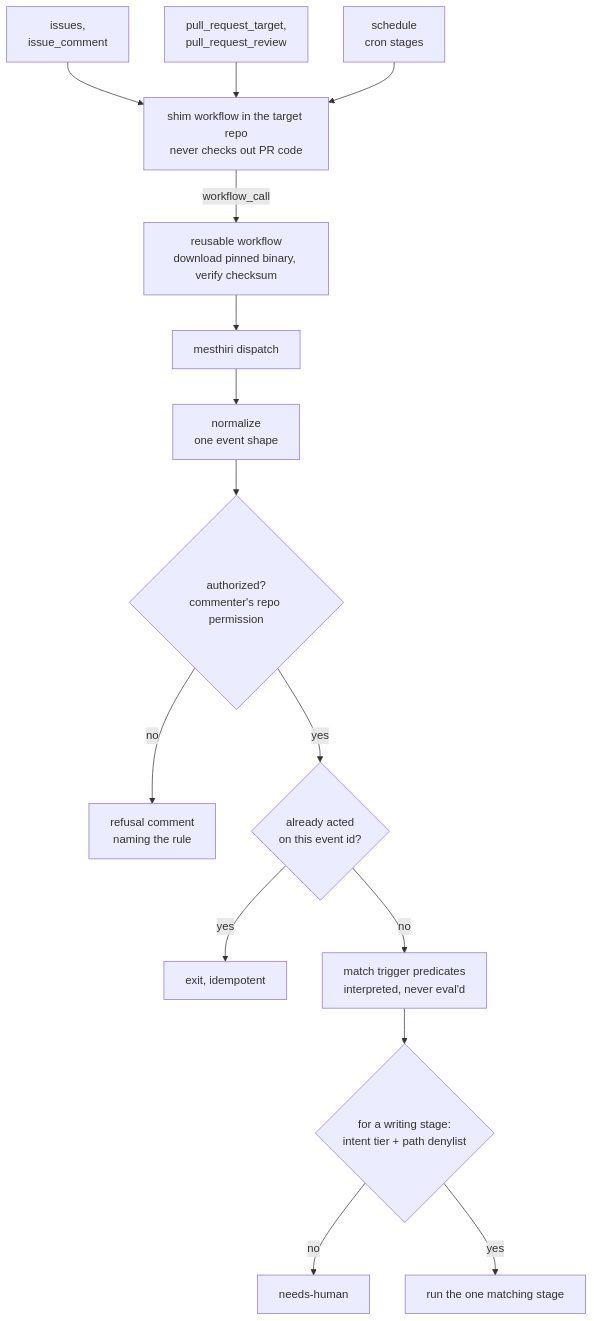
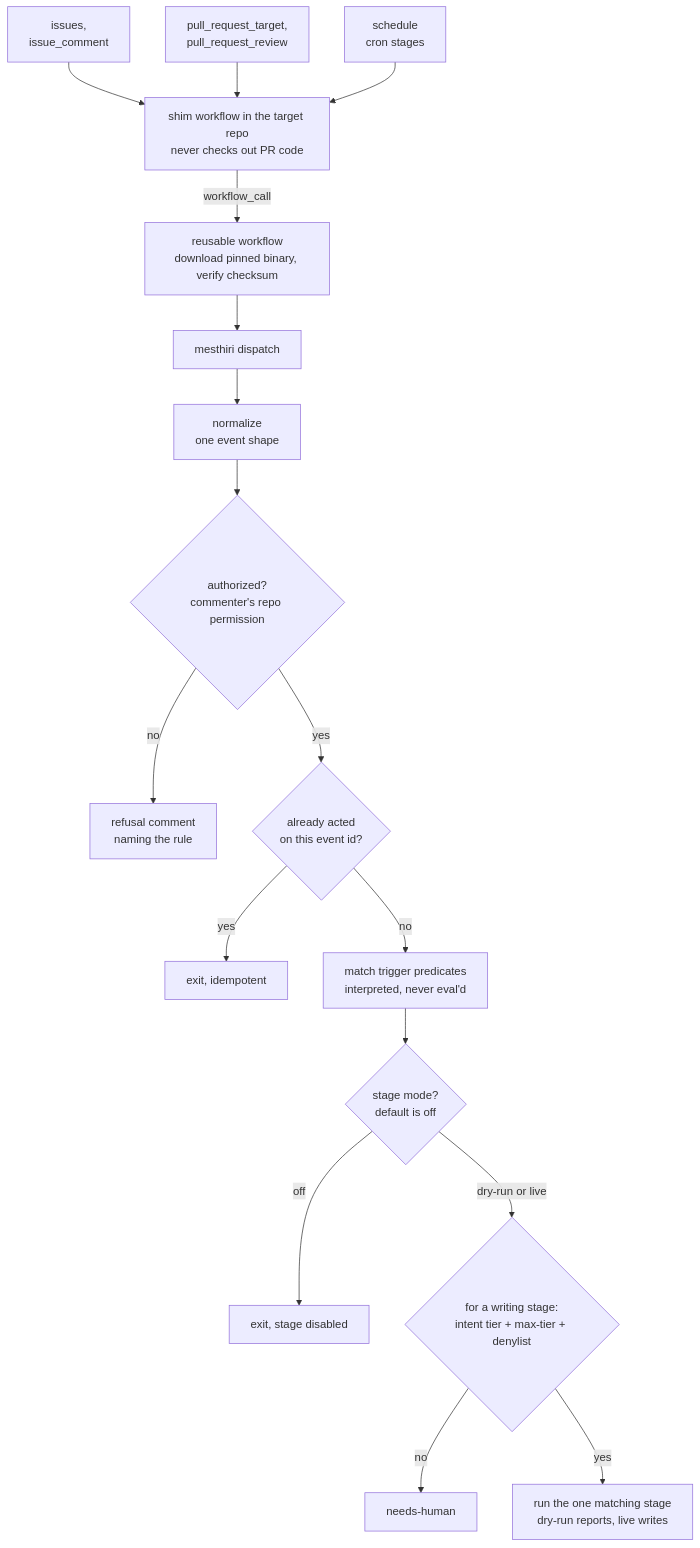
Before and after one commit to mesthiri/mesthiri: the second of 7 diagrams in docs/architecture.md, drawn with Mermaid. The commit also changed other lines of this file, not shown here.

````diff
--- a/docs/architecture.md
+++ b/docs/architecture.md
@@ -71,19 +79,21 @@
 ```mermaid
 flowchart TD
   ev1["issues,<br/>issue_comment"] --> shim
   ev2["pull_request_target,<br/>pull_request_review"] --> shim
   ev3["schedule<br/>cron stages"] --> shim
 
   shim["shim workflow in the target repo<br/>never checks out PR code"] -->|"workflow_call"| reuse
   reuse["reusable workflow<br/>download pinned binary, verify checksum"] --> disp
 
   disp["mesthiri dispatch"] --> norm["normalize<br/>one event shape"]
   norm --> authz{"authorized?<br/>commenter's repo permission"}
   authz -->|"no"| refuse["refusal comment<br/>naming the rule"]
   authz -->|"yes"| dedupe{"already acted<br/>on this event id?"}
   dedupe -->|"yes"| drop["exit, idempotent"]
   dedupe -->|"no"| match["match trigger predicates<br/>interpreted, never eval'd"]
-  match --> elig{"for a writing stage:<br/>intent tier + path denylist"}
+  match --> mode{"stage mode?<br/>default is off"}
+  mode -->|"off"| skip["exit, stage disabled"]
+  mode -->|"dry-run or live"| elig{"for a writing stage:<br/>intent tier + max-tier + denylist"}
   elig -->|"no"| esc["needs-human"]
-  elig -->|"yes"| stage["run the one matching stage"]
+  elig -->|"yes"| stage["run the one matching stage<br/>dry-run reports, live writes"]
 ```
````
